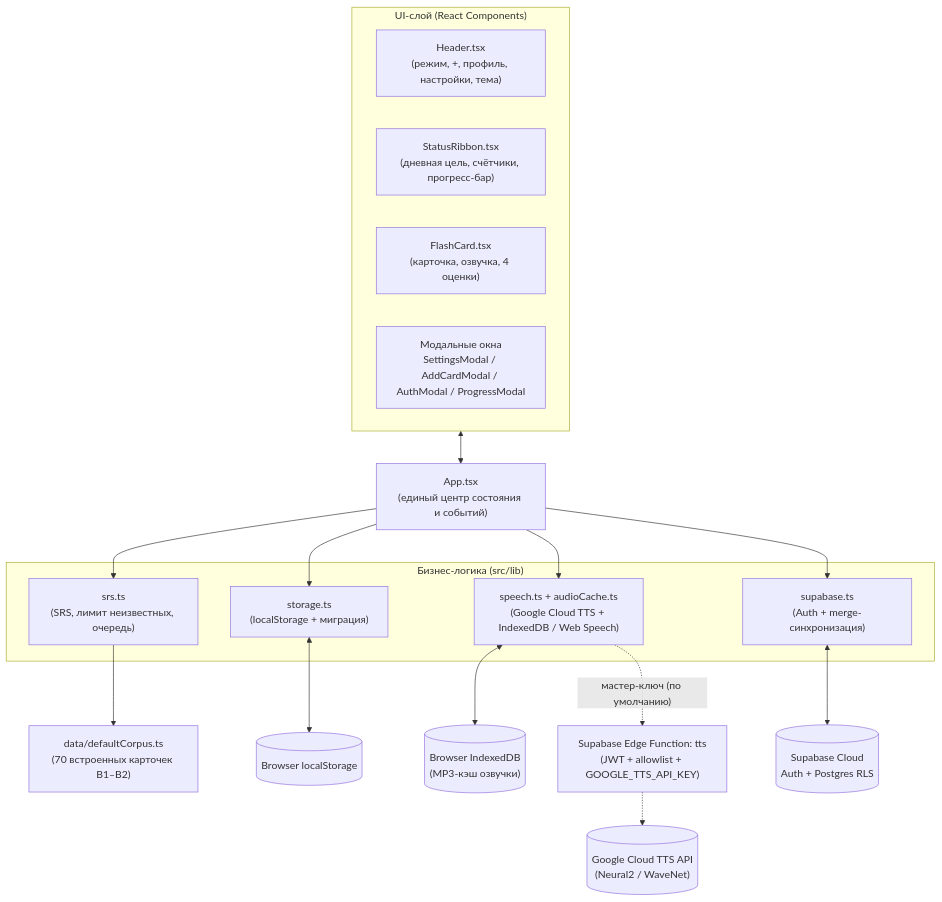
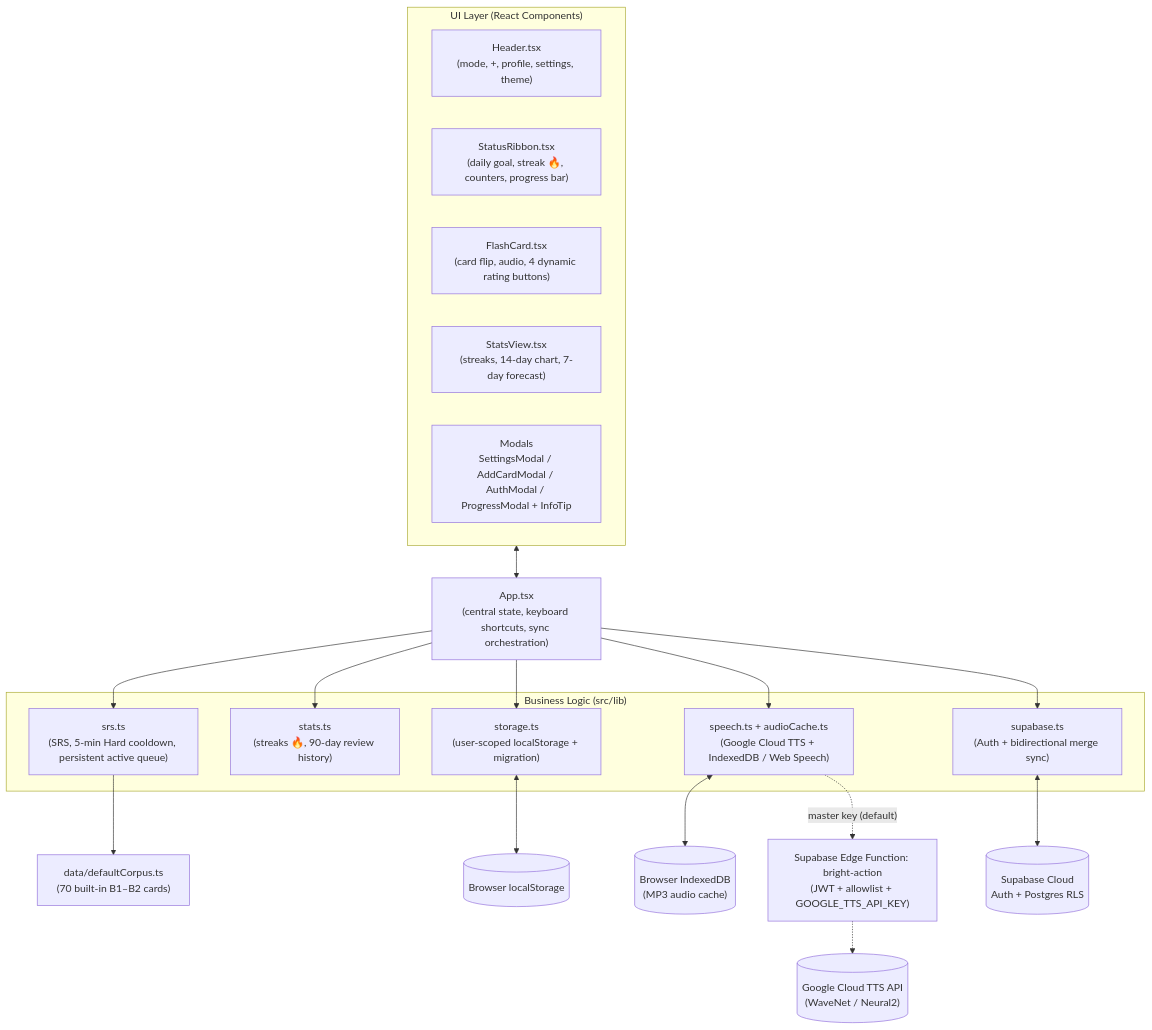
Before and after one commit to an2ancan/anki: the first of 5 diagrams in ARCHITECTURE.md, drawn with Mermaid. The commit also changed other lines of this file and 1 other file, not shown here.

Commit message:
feat: update SettingsModal to reset input fields for daily limit and max active unknown on open

````diff
--- a/ARCHITECTURE.md
+++ b/ARCHITECTURE.md
@@ -13,37 +13,40 @@
 ```mermaid
 flowchart TD
-  subgraph UI["UI-слой (React Components)"]
-    Header["Header.tsx<br/>(режим, +, профиль, настройки, тема)"]
-    Ribbon["StatusRibbon.tsx<br/>(дневная цель, счётчики, прогресс-бар)"]
-    Card["FlashCard.tsx<br/>(карточка, озвучка, 4 оценки)"]
-    Modals["Модальные окна<br/>SettingsModal / AddCardModal / AuthModal / ProgressModal"]
+  subgraph UI["UI Layer (React Components)"]
+    Header["Header.tsx<br/>(mode, +, profile, settings, theme)"]
+    Ribbon["StatusRibbon.tsx<br/>(daily goal, streak 🔥, counters, progress bar)"]
+    Card["FlashCard.tsx<br/>(card flip, audio, 4 dynamic rating buttons)"]
+    Stats["StatsView.tsx<br/>(streaks, 14-day chart, 7-day forecast)"]
+    Modals["Modals<br/>SettingsModal / AddCardModal / AuthModal / ProgressModal + InfoTip"]
   end
 
-  App["App.tsx<br/>(единый центр состояния и событий)"]
+  App["App.tsx<br/>(central state, keyboard shortcuts, sync orchestration)"]
 
-  subgraph Logic["Бизнес-логика (src/lib)"]
-    SRS["srs.ts<br/>(SRS, лимит неизвестных, очередь)"]
-    Storage["storage.ts<br/>(localStorage + миграция)"]
+  subgraph Logic["Business Logic (src/lib)"]
+    SRS["srs.ts<br/>(SRS, 5-min Hard cooldown, persistent active queue)"]
+    StatsLib["stats.ts<br/>(streaks 🔥, 90-day review history)"]
+    Storage["storage.ts<br/>(user-scoped localStorage + migration)"]
     Speech["speech.ts + audioCache.ts<br/>(Google Cloud TTS + IndexedDB / Web Speech)"]
-    SupaLib["supabase.ts<br/>(Auth + merge-синхронизация)"]
+    SupaLib["supabase.ts<br/>(Auth + bidirectional merge sync)"]
   end
 
-  Data["data/defaultCorpus.ts<br/>(70 встроенных карточек B1–B2)"]
+  Data["data/defaultCorpus.ts<br/>(70 built-in B1–B2 cards)"]
   LS[("Browser localStorage")]
-  IDB[("Browser IndexedDB<br/>(MP3-кэш озвучки)")]
-  EdgeTTS["Supabase Edge Function: tts<br/>(JWT + allowlist + GOOGLE_TTS_API_KEY)"]
-  GoogleTTS[("Google Cloud TTS API<br/>(Neural2 / WaveNet)")]
+  IDB[("Browser IndexedDB<br/>(MP3 audio cache)")]
+  EdgeTTS["Supabase Edge Function: bright-action<br/>(JWT + allowlist + GOOGLE_TTS_API_KEY)"]
+  GoogleTTS[("Google Cloud TTS API<br/>(WaveNet / Neural2)")]
   SupaDB[("Supabase Cloud<br/>Auth + Postgres RLS")]
 
   UI <--> App
   App --> SRS
+  App --> StatsLib
   App --> Storage
   App --> Speech
   App --> SupaLib
   SRS --> Data
   Storage <--> LS
   Speech <--> IDB
-  Speech -.->|"мастер-ключ (по умолчанию)"| EdgeTTS
+  Speech -.->|"master key (default)"| EdgeTTS
   EdgeTTS -.-> GoogleTTS
   SupaLib <--> SupaDB
 ```
````
